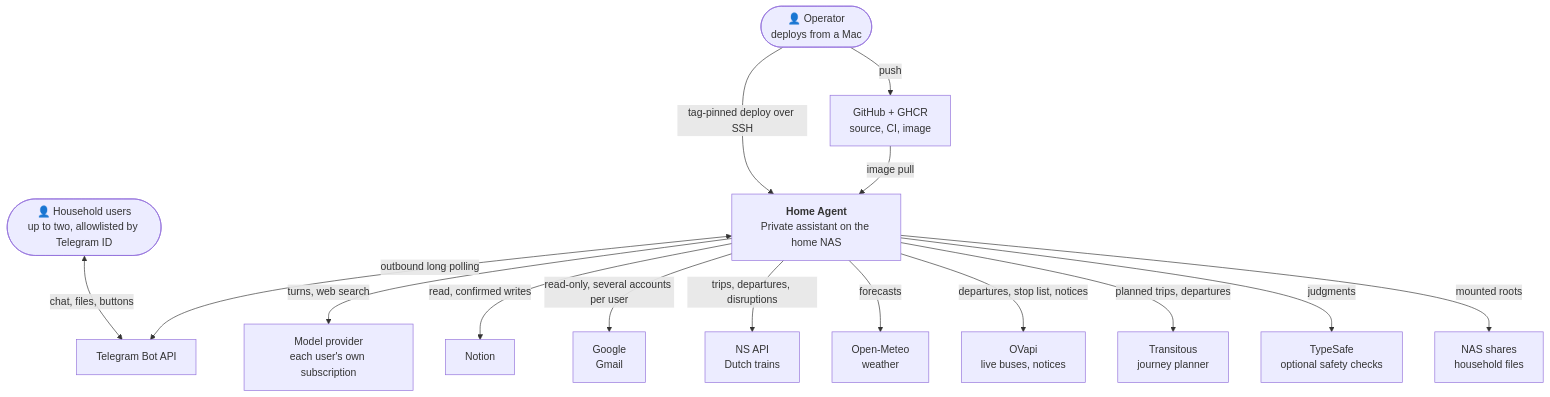
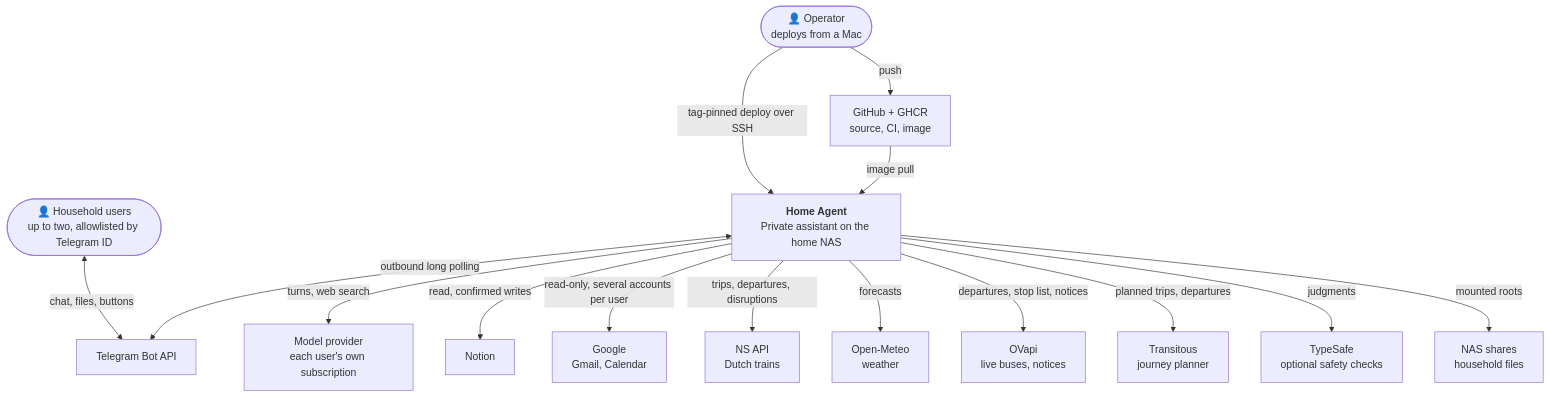
One commit to vladar107/home-ai-assistant changed the first of 3 diagrams in docs/architecture.md. Above: the diagram before and after it, drawn with Mermaid. The commit also changed other lines of this file and 11 other files, not shown here.

First line of the commit message:
feat: read Google Calendar events across connected accounts

````diff
--- a/docs/architecture.md
+++ b/docs/architecture.md
@@ -9,34 +9,34 @@
 ```mermaid
 flowchart TB
     users(["👤 Household users<br/>up to two, allowlisted by Telegram ID"])
     operator(["👤 Operator<br/>deploys from a Mac"])
 
     agent["<b>Home Agent</b><br/>Private assistant on the home NAS"]
 
     telegram["Telegram Bot API"]
     model["Model provider<br/>each user's own subscription"]
     notion["Notion"]
-    google["Google<br/>Gmail"]
+    google["Google<br/>Gmail, Calendar"]
     ns["NS API<br/>Dutch trains"]
     meteo["Open-Meteo<br/>weather"]
     ovapi["OVapi<br/>live buses, notices"]
     transitous["Transitous<br/>journey planner"]
     typesafe["TypeSafe<br/>optional safety checks"]
     nasfiles["NAS shares<br/>household files"]
     ghcr["GitHub + GHCR<br/>source, CI, image"]
 
     users <-->|chat, files, buttons| telegram
     agent <-->|outbound long polling| telegram
     agent -->|turns, web search| model
     agent -->|read, confirmed writes| notion
     agent -->|read-only, several accounts per user| google
     agent -->|trips, departures, disruptions| ns
     agent -->|forecasts| meteo
     agent -->|departures, stop list, notices| ovapi
     agent -->|planned trips, departures| transitous
     agent -->|judgments| typesafe
     agent -->|mounted roots| nasfiles
     operator -->|push| ghcr
     operator -->|tag-pinned deploy over SSH| agent
     ghcr -->|image pull| agent
 ```
````
